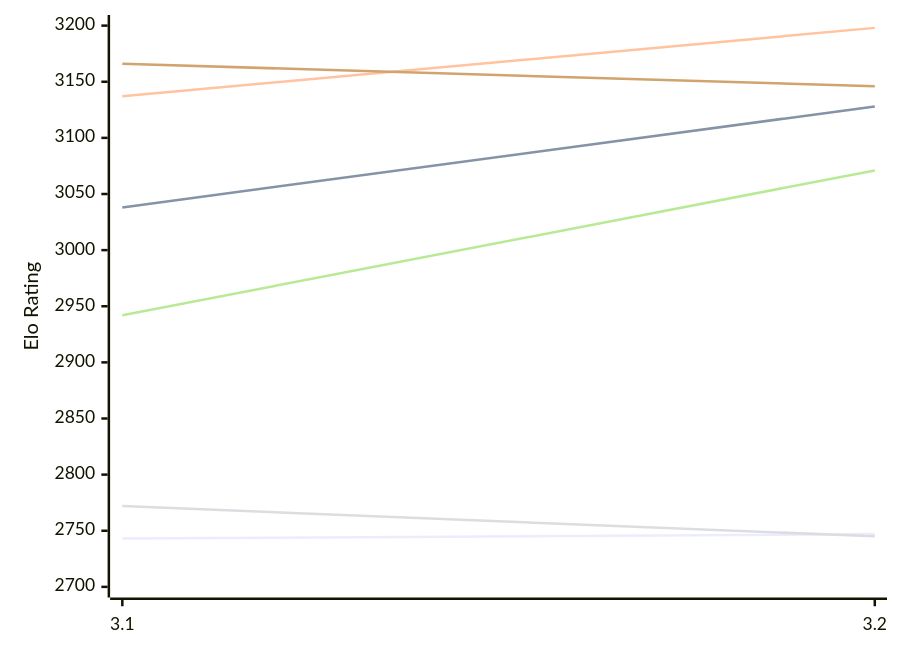
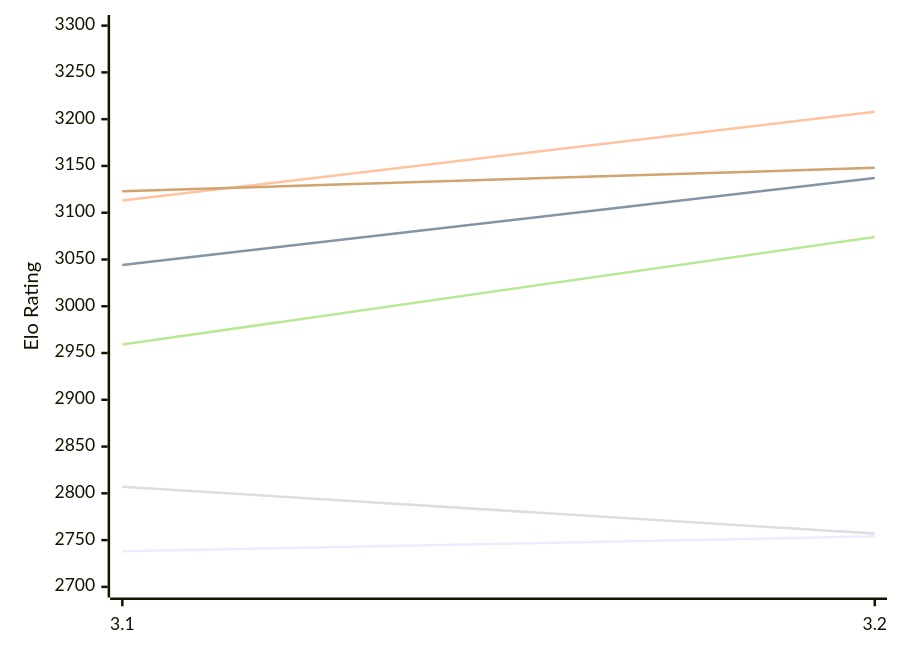
One commit to computer-chess-index/cci changed the first of 2 diagrams in engines/Vajolet2.md. Above: the diagram before and after it, drawn with Mermaid. The commit also changed other lines of this file, not shown here.

Commit message:
Update CCI Ratings (ELO VLTC) - 2026-11-16

````diff
--- a/engines/Vajolet2.md
+++ b/engines/Vajolet2.md
@@ -51,12 +51,12 @@
 ```mermaid
 %%{init: {"theme":"base","themeVariables":{"seriesColors:['#a3a3a3','#222221','#faa371']}}}%%
 xychart-beta
   x-axis ["3.1", "3.2"]
-  y-axis "Elo Rating" 2700 --> 3200
-  line "E1: STC (8.0+0.08s)" [2743, 2747]
-  line "E1: LTC (60.0+0.60s)" [3038, 3128]
-  line "E1: VLTC (2m24s+1.12s)" [3137, 3198]
-  line "P1: STC (8.0+0.08s)" [2772, 2745]
-  line "P1: LTC (60.0+0.60s)" [2942, 3071]
-  line "P1: VLTC (2m24s+1.12s)" [3166, 3146]
+  y-axis "Elo Rating" 2700 --> 3300
+  line "E1: STC (8.0+0.08s)" [2738, 2754]
+  line "E1: LTC (60.0+0.60s)" [3044, 3137]
+  line "E1: VLTC (2m24s+1.12s)" [3113, 3208]
+  line "P1: STC (8.0+0.08s)" [2807, 2757]
+  line "P1: LTC (60.0+0.60s)" [2959, 3074]
+  line "P1: VLTC (2m24s+1.12s)" [3123, 3148]
 ```
````
